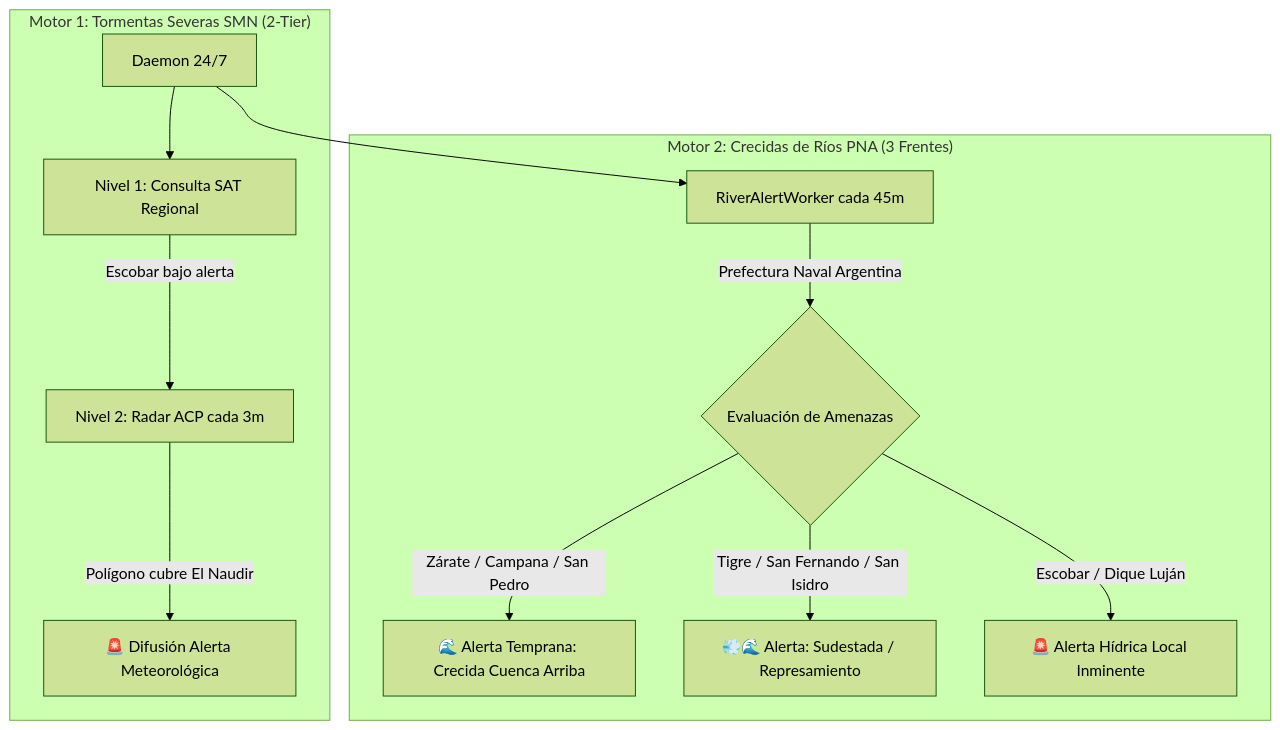
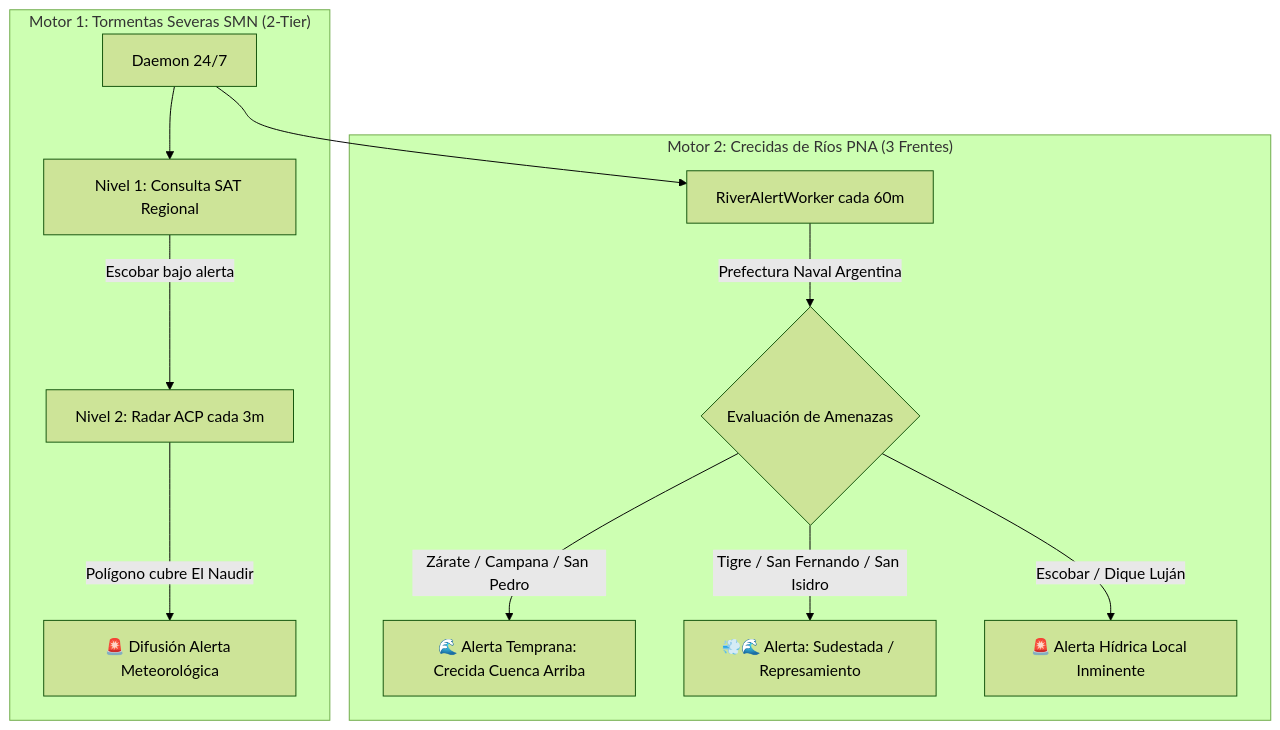
The diagram in README.md (knafle/NaudirEarlyAlert), drawn with Mermaid (forest theme) before and after one commit. The commit also changed 5 other files, not shown here.

````diff
--- a/README.md
+++ b/README.md
@@ -22,16 +22,16 @@
 ```mermaid
 graph TD
     subgraph "Motor 1: Tormentas Severas SMN (2-Tier)"
         A[Daemon 24/7] --> B[Nivel 1: Consulta SAT Regional]
         B -->|Escobar bajo alerta| C[Nivel 2: Radar ACP cada 3m]
         C -->|Polígono cubre El Naudir| D[🚨 Difusión Alerta Meteorológica]
     end
 
     subgraph "Motor 2: Crecidas de Ríos PNA (3 Frentes)"
-        A --> E[RiverAlertWorker cada 45m]
+        A --> E[RiverAlertWorker cada 60m]
         E -->|Prefectura Naval Argentina| F{Evaluación de Amenazas}
         F -->|Zárate / Campana / San Pedro| G[🌊 Alerta Temprana: Crecida Cuenca Arriba]
         F -->|Tigre / San Fernando / San Isidro| H[💨🌊 Alerta: Sudestada / Represamiento]
         F -->|Escobar / Dique Luján| I[🚨 Alerta Hídrica Local Inminente]
     end
 ```
````
